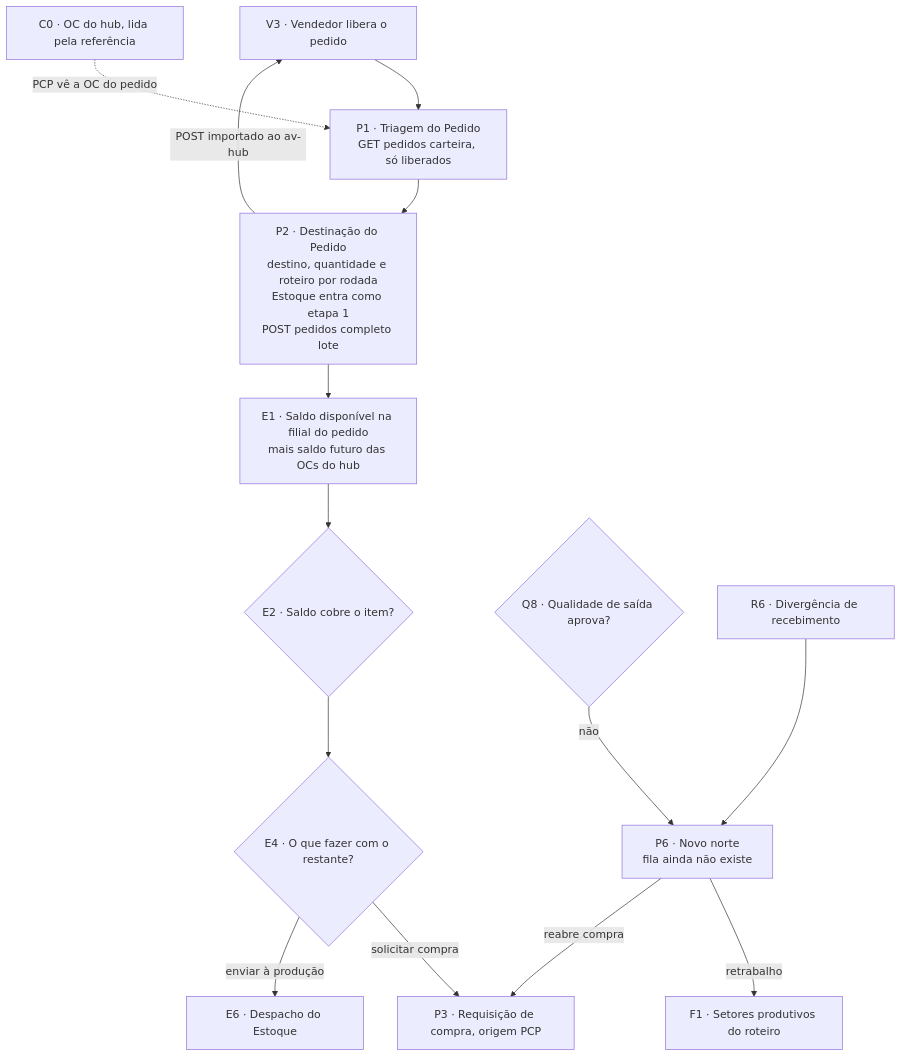
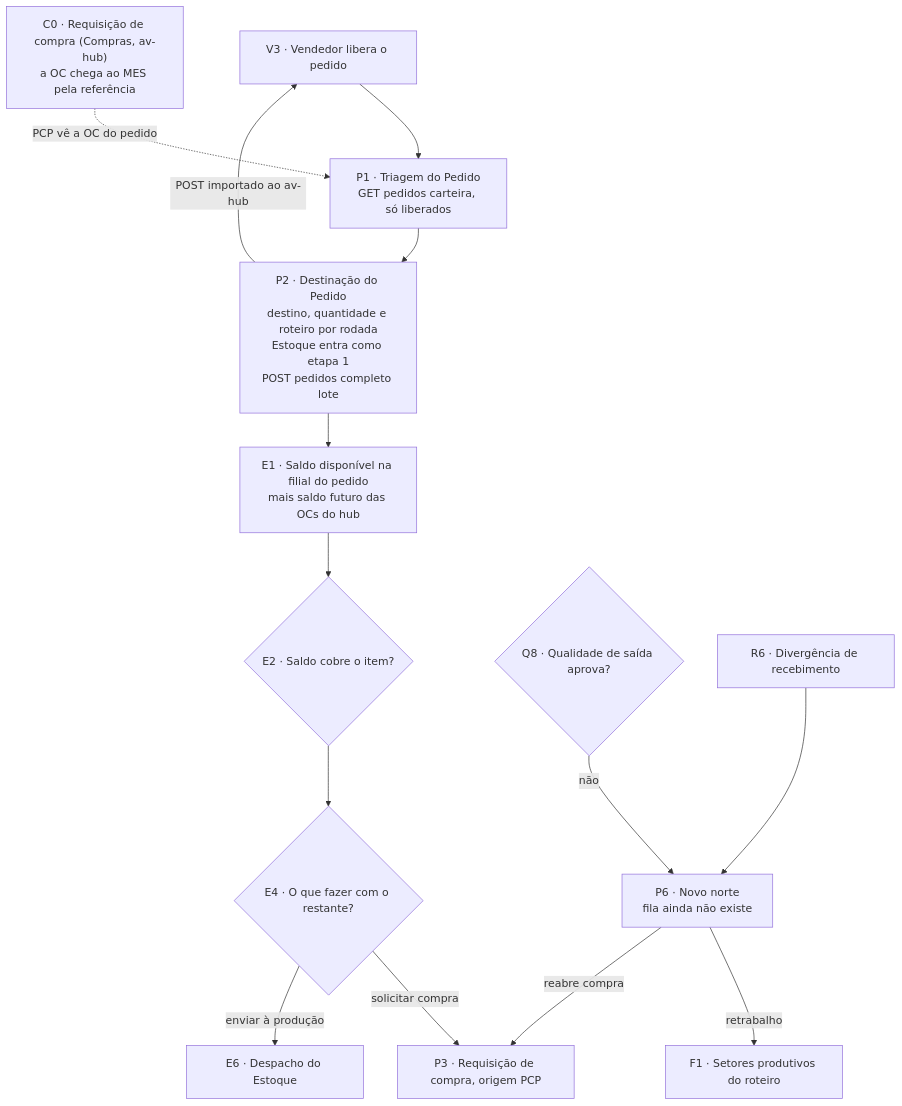
The diagram in 02-Fluxo-de-Atividades/04-PCP-Triagem-e-Destinacao.md (pablo-cruzbr/vault-avhub-mer), drawn with Mermaid before and after one commit. The commit also changed 2 other files, not shown here.

Commit message:
v3(bloco 8): coerência entre raias — envio do pedido ao Omie na 01 pela N16-149; rótulos do C0 (04) e do consumo de matéria-prima (10) no mermaid

````diff
--- a/02-Fluxo-de-Atividades/04-PCP-Triagem-e-Destinacao.md
+++ b/02-Fluxo-de-Atividades/04-PCP-Triagem-e-Destinacao.md
@@ -202,16 +202,16 @@
 ```mermaid
 flowchart TD
     V3["V3 · Vendedor libera o pedido"] --> P1["P1 · Triagem do Pedido<br/>GET pedidos carteira, só liberados"]
     P1 --> P2["P2 · Destinação do Pedido<br/>destino, quantidade e roteiro por rodada<br/>Estoque entra como etapa 1<br/>POST pedidos completo lote"]
     P2 -->|"POST importado ao av-hub"| V3
     P2 --> E1["E1 · Saldo disponível na filial do pedido<br/>mais saldo futuro das OCs do hub"]
-    C0["C0 · OC do hub, lida pela referência"] -.->|"PCP vê a OC do pedido"| P1
+    C0["C0 · Requisição de compra (Compras, av-hub)<br/>a OC chega ao MES pela referência"] -.->|"PCP vê a OC do pedido"| P1
     E1 --> E2{"E2 · Saldo cobre o item?"}
     E2 --> E4{"E4 · O que fazer com o restante?"}
     E4 -->|"solicitar compra"| P3["P3 · Requisição de compra, origem PCP"]
     E4 -->|"enviar à produção"| E6["E6 · Despacho do Estoque"]
     Q8{"Q8 · Qualidade de saída aprova?"} -->|não| P6["P6 · Novo norte<br/>fila ainda não existe"]
     R6["R6 · Divergência de recebimento"] --> P6
     P6 -->|retrabalho| F1["F1 · Setores produtivos do roteiro"]
     P6 -->|"reabre compra"| P3
 ```
````
